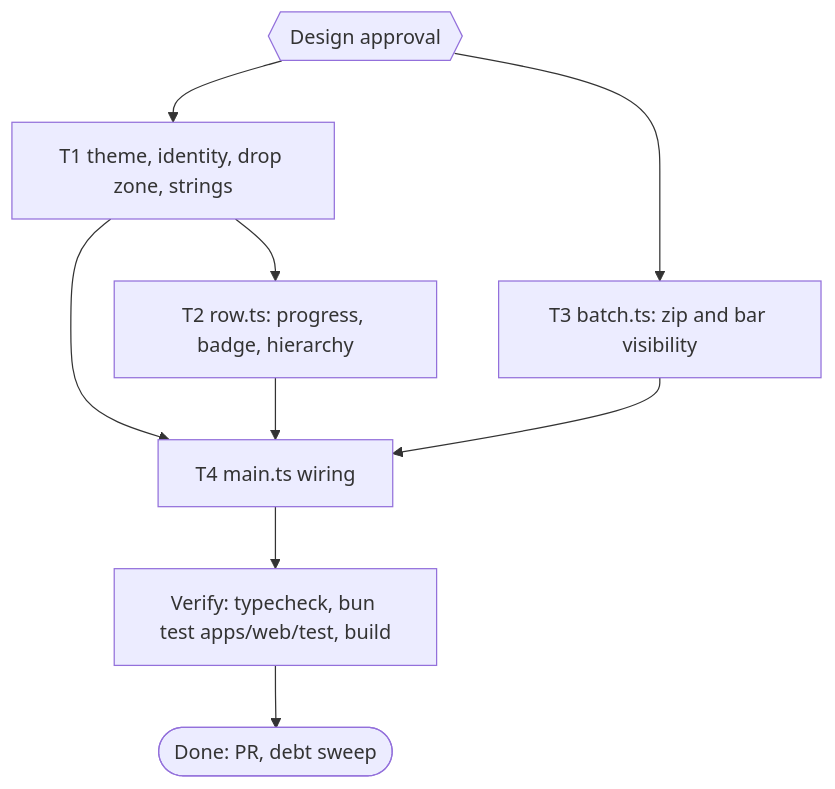
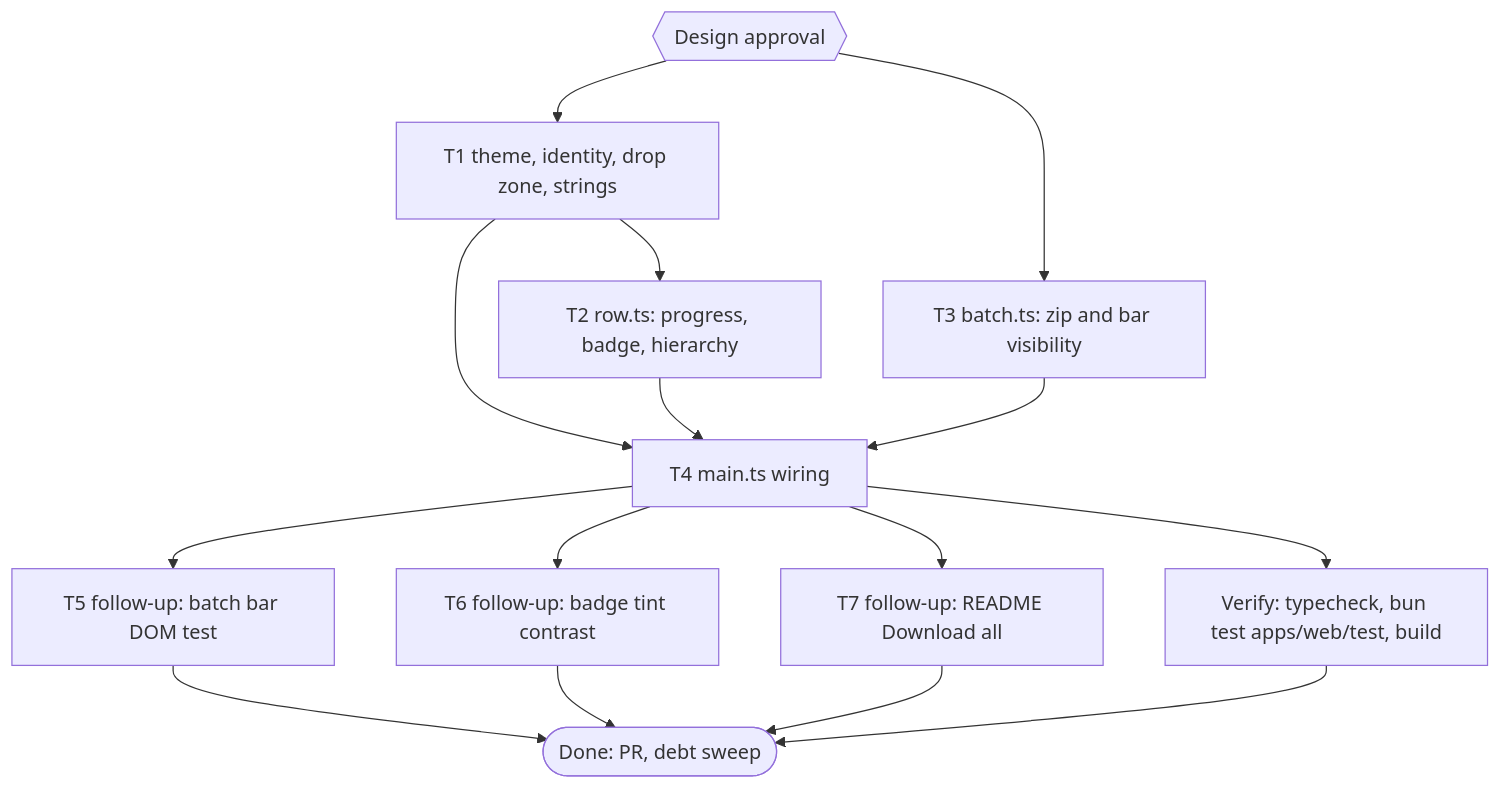
Before and after one commit to belajarcarabelajar/pubmy: the diagram in docs/code-plan/plans/2026-11-09-pubmy-web-ui-polish.md, drawn with Mermaid. The commit also changed other lines of this file and 2 other files, not shown here.

Commit message:
docs(plan): debt sweep follow-ups T5 to T7, learning ledger, rules M14 and M15

````diff
--- a/docs/code-plan/plans/2026-11-09-pubmy-web-ui-polish.md
+++ b/docs/code-plan/plans/2026-11-09-pubmy-web-ui-polish.md
@@ -101,13 +140,19 @@
 ```mermaid
 flowchart TD
     accTitle: pubmy web UI polish task map
     accDescr: Theme and identity (T1) and the batch helpers (T3) start in parallel; the row renderer (T2) needs T1's strings; the main.ts wiring (T4) waits for all three, then verification and the pull request.
     G0{{"Design approval"}} --> T1["T1 theme, identity, drop zone, strings"]
     G0 --> T3["T3 batch.ts: zip and bar visibility"]
     T1 --> T2["T2 row.ts: progress, badge, hierarchy"]
     T1 --> T4["T4 main.ts wiring"]
     T2 --> T4
     T3 --> T4
     T4 --> V["Verify: typecheck, bun test apps/web/test, build"]
+    T4 --> T5["T5 follow-up: batch bar DOM test"]
+    T4 --> T6["T6 follow-up: badge tint contrast"]
+    T4 --> T7["T7 follow-up: README Download all"]
+    T5 --> D
+    T6 --> D
+    T7 --> D
     V --> D(["Done: PR, debt sweep"])
 ```
````
